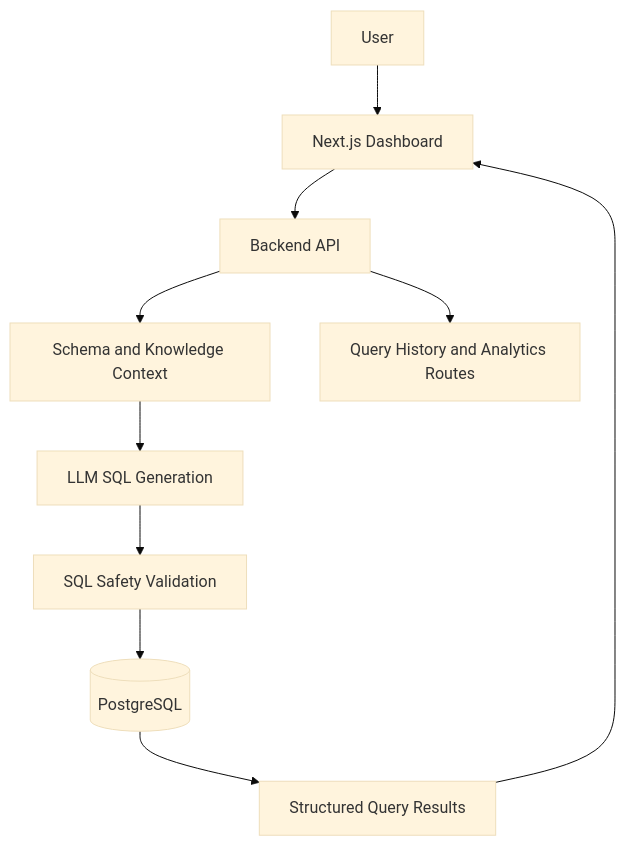
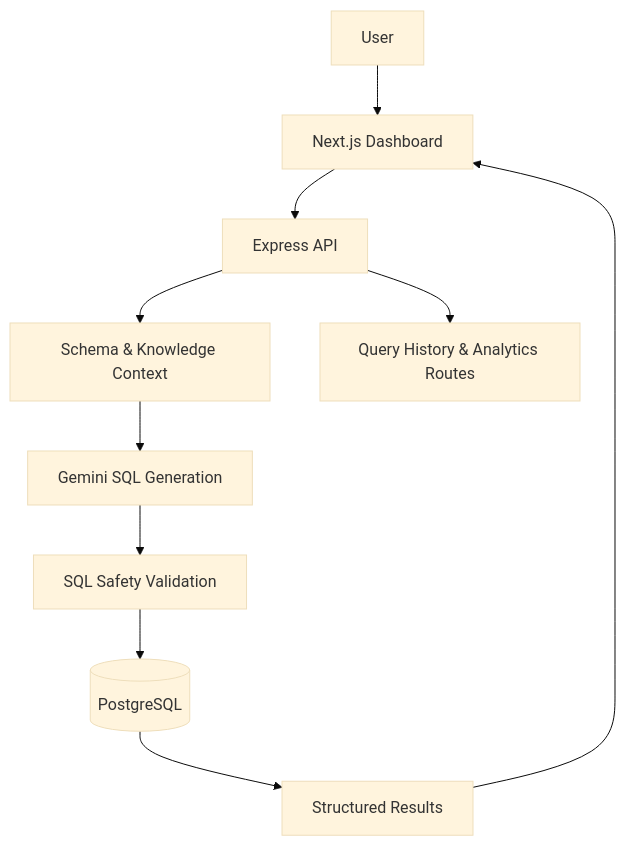
The diagram in README.md (Gautam0804/QueryMind), drawn with Mermaid (base theme) before and after one commit. The commit also changed other lines of this file, not shown here.

````diff
--- a/README.md
+++ b/README.md
@@ -105,12 +54,12 @@
 ```mermaid
 flowchart TD
     U[User] --> F[Next.js Dashboard]
-    F --> A[Backend API]
-    A --> S[Schema and Knowledge Context]
-    S --> L[LLM SQL Generation]
+    F --> A[Express API]
+    A --> S[Schema & Knowledge Context]
+    S --> L[Gemini SQL Generation]
     L --> V[SQL Safety Validation]
     V --> D[(PostgreSQL)]
-    D --> R[Structured Query Results]
+    D --> R[Structured Results]
     R --> F
-    A --> H[Query History and Analytics Routes]
+    A --> H[Query History & Analytics Routes]
 ```
````
